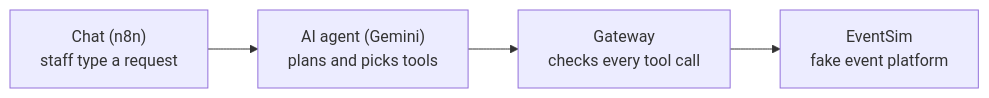
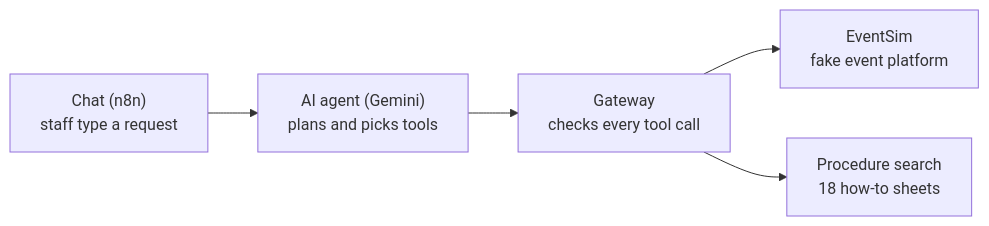
Before and after one commit to EyaNasfi/eventguard: the diagram in README.md, drawn with Mermaid. The commit also changed other lines of this file and 5 other files, not shown here.

Commit message:
S2-08: README end-of-night update, architecture, START-HERE status, sprint 2 report, n8n setup command (NFR-11)

````diff
--- a/README.md
+++ b/README.md
@@ -17,6 +17,7 @@
 ```mermaid
 flowchart LR
   chat["Chat (n8n)<br/>staff type a request"] --> agent["AI agent (Gemini)<br/>plans and picks tools"]
   agent --> gw["Gateway<br/>checks every tool call"]
   gw --> es["EventSim<br/>fake event platform"]
+  gw --> rag["Procedure search<br/>18 how-to sheets"]
 ```
````
